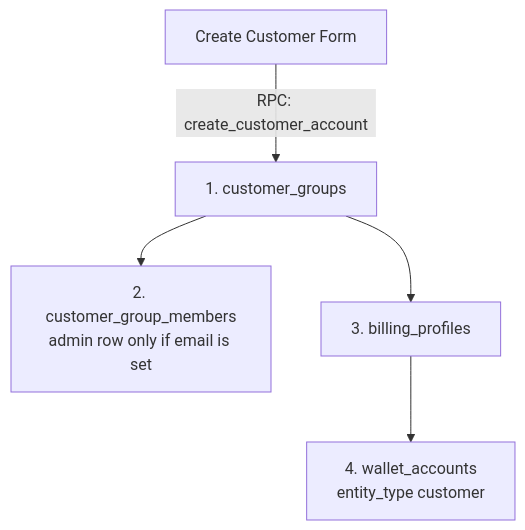
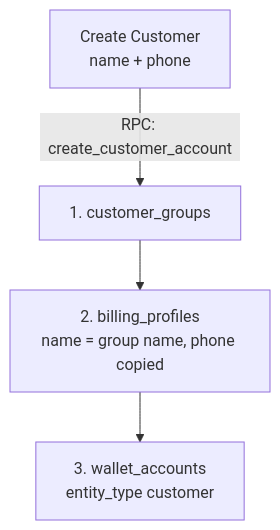
One commit to david-git-2/brandwala-wholesale-quasar-v2 changed the diagram in doc/customer/CUSTOMER.md. Above: the diagram before and after it, drawn with Mermaid. The commit also changed other lines of this file and 29 other files, not shown here.

````diff
--- a/doc/customer/CUSTOMER.md
+++ b/doc/customer/CUSTOMER.md
@@ -13,7 +13,6 @@
 ```mermaid
 flowchart TD
-    A["Create Customer Form"] -->|RPC: create_customer_account| B["1. customer_groups"]
-    B --> C["2. customer_group_members<br/>admin row only if email is set"]
-    B --> D["3. billing_profiles"]
-    D --> E["4. wallet_accounts<br/>entity_type customer"]
+    A["Create Customer<br/>name + phone"] -->|RPC: create_customer_account| B["1. customer_groups"]
+    B --> D["2. billing_profiles<br/>name = group name, phone copied"]
+    D --> E["3. wallet_accounts<br/>entity_type customer"]
 ```
````
